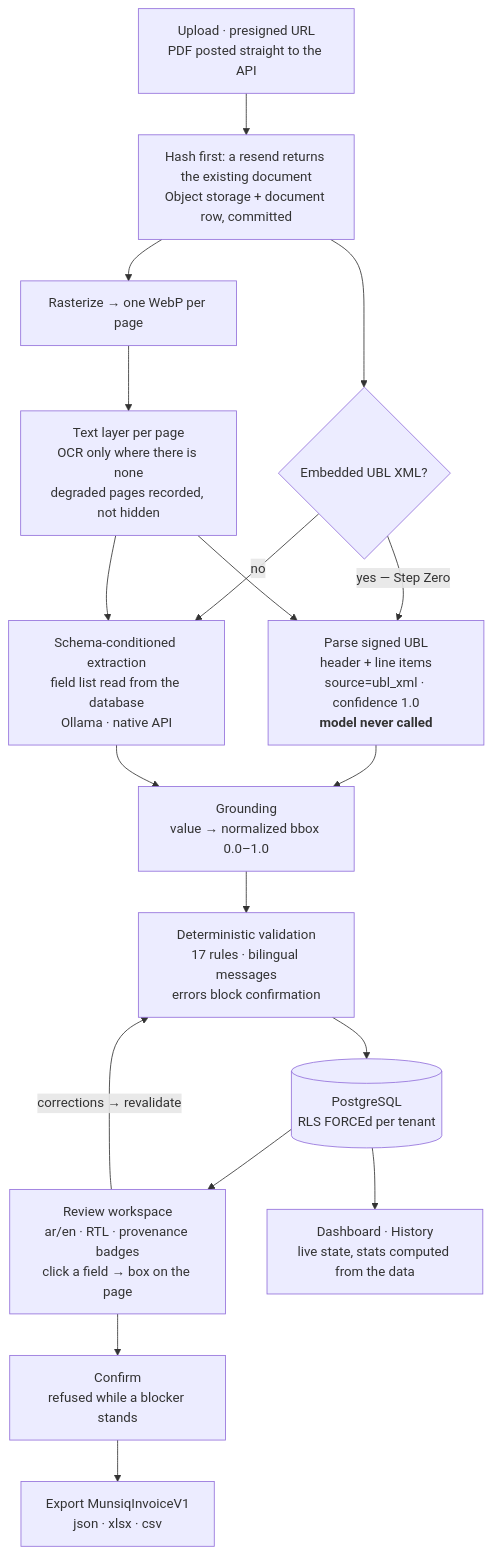
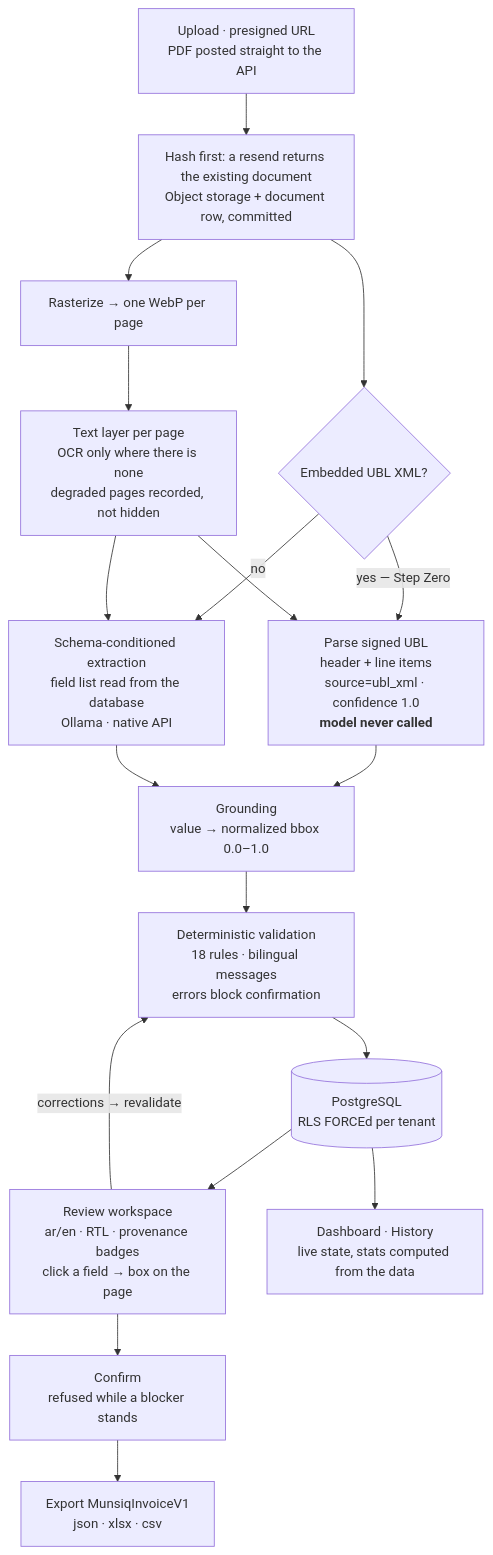
Before and after one commit to MuathDs/munsiq: the diagram in README.md, drawn with Mermaid. The commit also changed other lines of this file and 11 other files, not shown here.

````diff
--- a/README.md
+++ b/README.md
@@ -36,20 +36,20 @@
 ```mermaid
 flowchart TD
     A["Upload · presigned URL<br/>PDF posted straight to the API"] --> B["Hash first: a resend returns the existing document<br/>Object storage + document row, committed"]
     B --> C{"Embedded UBL XML?"}
     C -->|"yes — Step Zero"| D["Parse signed UBL<br/>header + line items<br/>source=ubl_xml · confidence 1.0<br/><b>model never called</b>"]
     C -->|"no"| E["Schema-conditioned extraction<br/>field list read from the database<br/>Ollama · native API"]
     B --> F["Rasterize → one WebP per page"]
     F --> G["Text layer per page<br/>OCR only where there is none<br/>degraded pages recorded, not hidden"]
     G --> D
     G --> E
     D --> H["Grounding<br/>value → normalized bbox 0.0–1.0"]
     E --> H
-    H --> I["Deterministic validation<br/>17 rules · bilingual messages<br/>errors block confirmation"]
+    H --> I["Deterministic validation<br/>18 rules · bilingual messages<br/>errors block confirmation"]
     I --> J[("PostgreSQL<br/>RLS FORCEd per tenant")]
     J --> K["Review workspace<br/>ar/en · RTL · provenance badges<br/>click a field → box on the page"]
     K -->|"corrections → revalidate"| I
     K --> L["Confirm<br/>refused while a blocker stands"]
     L --> M["Export MunsiqInvoiceV1<br/>json · xlsx · csv"]
     J --> N["Dashboard · History<br/>live state, stats computed from the data"]
 ```
````
